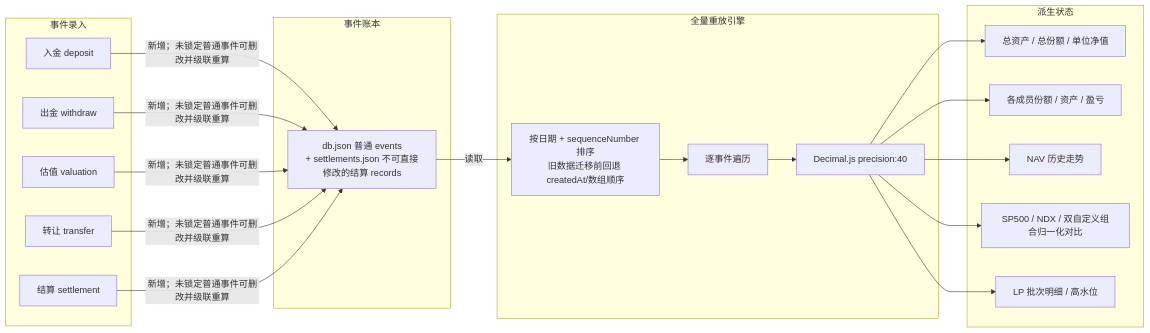
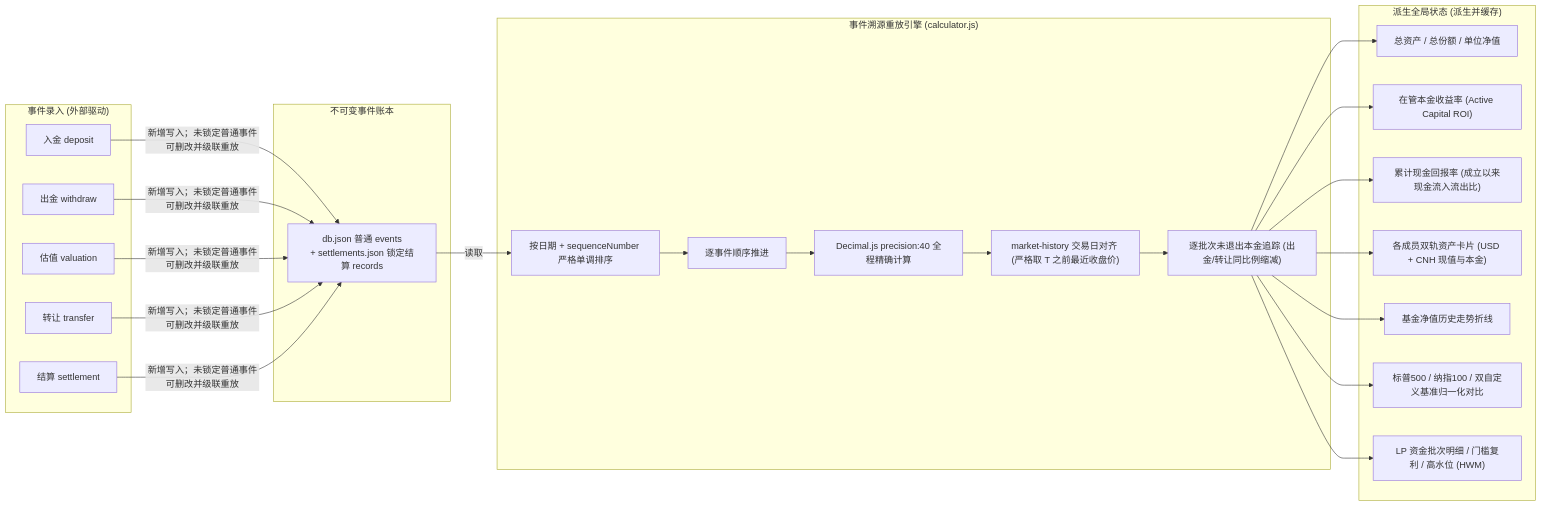
The second of 7 diagrams in docs/technical/ARCHITECTURE.md (spicy-man/family-fund-manager), drawn with Mermaid before and after one commit. The commit also changed other lines of this file and 2 other files, not shown here.

Commit message:
docs: add architecture and code review guidelines and update README documentation

````diff
--- a/docs/technical/ARCHITECTURE.md
+++ b/docs/technical/ARCHITECTURE.md
@@ -87,33 +117,38 @@
 ```mermaid
 flowchart LR
-    subgraph Input["事件录入"]
+    subgraph Input["事件录入 (外部驱动)"]
         D["入金 deposit"]
         W["出金 withdraw"]
         V["估值 valuation"]
         T["转让 transfer"]
         S["结算 settlement"]
     end
 
-    subgraph EventStore["事件账本"]
-        ES["db.json 普通 events<br/>+ settlements.json 不可直接修改的结算 records"]
+    subgraph EventStore["不可变事件账本"]
+        ES["db.json 普通 events<br/>+ settlements.json 锁定结算 records"]
     end
 
-    subgraph Replay["全量重放引擎"]
-        SORT["按日期 + sequenceNumber 排序<br/>旧数据迁移前回退 createdAt/数组顺序"]
-        LOOP["逐事件遍历"]
-        DEC["Decimal.js precision:40"]
+    subgraph Replay["事件溯源重放引擎 (calculator.js)"]
+        SORT["按日期 + sequenceNumber 严格单调排序"]
+        LOOP["逐事件顺序推进"]
+        DEC["Decimal.js precision:40 全程精确计算"]
+        ALIGN["market-history 交易日对齐 (严格取 T 之前最近收盘价)"]
+        PRINCIPAL["逐批次未退出本金追踪 (出金/转让同比例缩减)"]
     end
 
-    subgraph State["派生状态"]
+    subgraph State["派生全局状态 (派生并缓存)"]
         NAV["总资产 / 总份额 / 单位净值"]
-        MEM["各成员份额 / 资产 / 盈亏"]
-        HIST["NAV 历史走势"]
-        BENCH["SP500 / NDX / 双自定义组合归一化对比"]
-        LOT["LP 批次明细 / 高水位"]
+        ACTIVE_ROI["在管本金收益率 (Active Capital ROI)"]
+        CASH_ROI["累计现金回报率 (成立以来现金流入流出比)"]
+        MEM["各成员双轨资产卡片 (USD + CNH 现值与本金)"]
+        HIST["基金净值历史走势折线"]
+        BENCH["标普500 / 纳指100 / 双自定义基准归一化对比"]
+        LOT["LP 资金批次明细 / 门槛复利 / 高水位 (HWM)"]
     end
 
-    D & W & V & T & S -->|新增；未锁定普通事件可删改并级联重算| ES
+    D & W & V & T & S -->|新增写入；未锁定普通事件可删改并级联重放| ES
     ES -->|读取| SORT
     SORT --> LOOP --> DEC
-    DEC --> NAV & MEM & HIST & BENCH & LOT
+    DEC --> ALIGN --> PRINCIPAL
+    PRINCIPAL --> NAV & ACTIVE_ROI & CASH_ROI & MEM & HIST & BENCH & LOT
 ```
````
